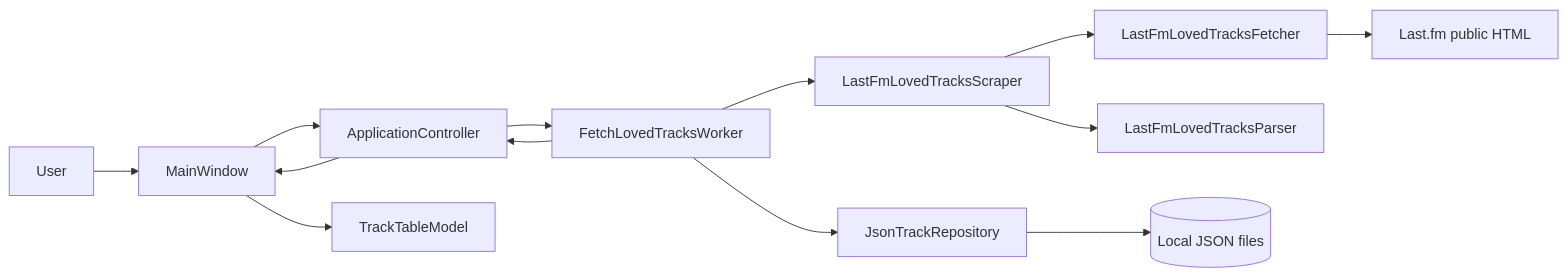
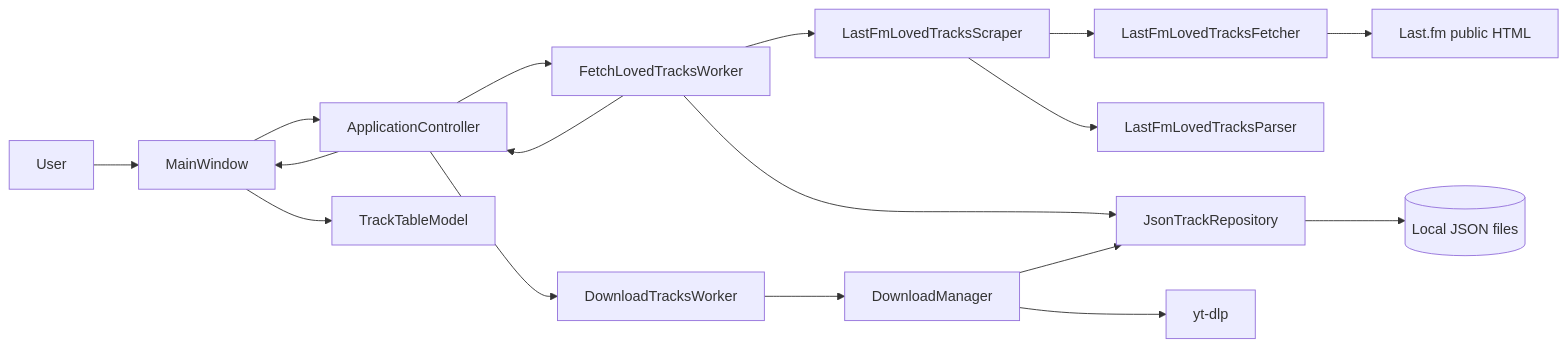
One commit to marcelpetrick/myLastFmPlayer changed the first of 8 diagrams in documents/03_ARCHITECTURE.md. Above: the diagram before and after it, drawn with Mermaid. The commit also changed other lines of this file and 12 other files, not shown here.

First line of the commit message:
feat: add download queue manager

````diff
--- a/documents/03_ARCHITECTURE.md
+++ b/documents/03_ARCHITECTURE.md
@@ -51,15 +53,19 @@
 ```mermaid
 flowchart LR
     User[User] --> UI[MainWindow]
     UI --> Controller[ApplicationController]
     Controller --> FetchWorker[FetchLovedTracksWorker]
+    Controller --> DownloadWorker[DownloadTracksWorker]
     FetchWorker --> Scraper[LastFmLovedTracksScraper]
     Scraper --> Fetcher[LastFmLovedTracksFetcher]
     Scraper --> Parser[LastFmLovedTracksParser]
     Fetcher --> LastFm[Last.fm public HTML]
     FetchWorker --> Storage[JsonTrackRepository]
+    DownloadWorker --> DownloadManager[DownloadManager]
+    DownloadManager --> Ytdlp[yt-dlp]
+    DownloadManager --> Storage
     Storage --> Json[(Local JSON files)]
     FetchWorker --> Controller
     Controller --> UI
     UI --> TableModel[TrackTableModel]
 ```
````
